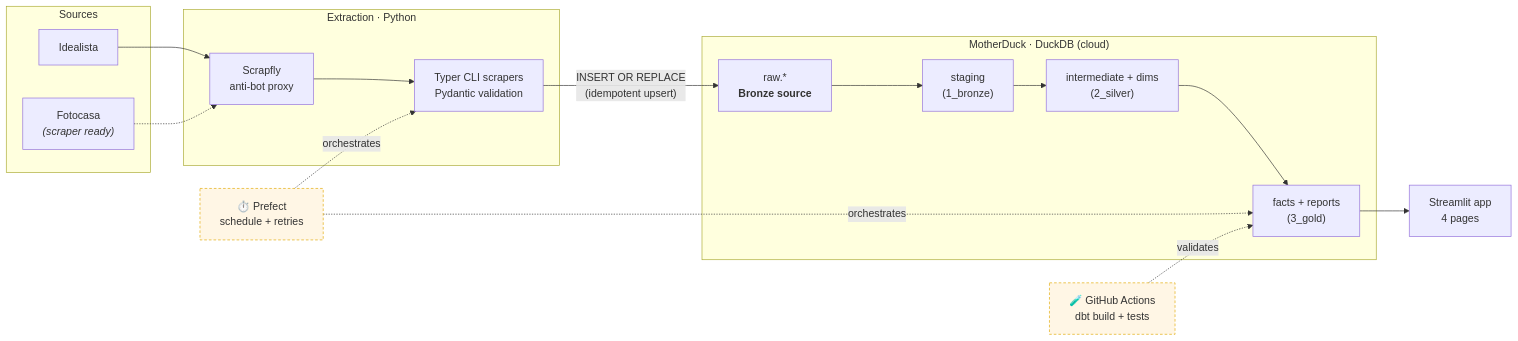
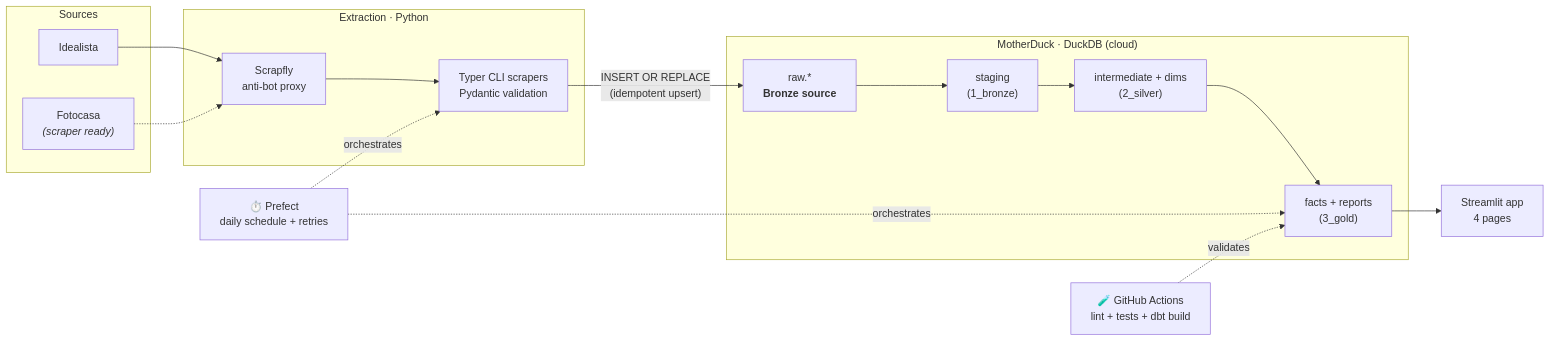
One commit to carlosdmv7/spanish-housing-radar changed the diagram in README.md. Above: the diagram before and after it, drawn with Mermaid. The commit also changed other lines of this file and 9 other files, not shown here.

First line of the commit message:
feat: orchestrate the pipeline with Prefect (daily flow + cron) (#3)

````diff
--- a/README.md
+++ b/README.md
@@ -40,34 +40,32 @@
 ```mermaid
 flowchart LR
     subgraph SRC["Sources"]
         I["Idealista"]
         F["Fotocasa<br/><i>(scraper ready)</i>"]
     end
 
     subgraph EXTRACT["Extraction · Python"]
         SC["Scrapfly<br/>anti-bot proxy"]
         PY["Typer CLI scrapers<br/>Pydantic validation"]
     end
 
     subgraph WH["MotherDuck · DuckDB (cloud)"]
         RAW["raw.*<br/><b>Bronze source</b>"]
         BRONZE["staging<br/>(1_bronze)"]
         SILVER["intermediate + dims<br/>(2_silver)"]
         GOLD["facts + reports<br/>(3_gold)"]
     end
 
     APP["Streamlit app<br/>4 pages"]
 
     I --> SC --> PY
     F -.-> SC
     PY -->|"INSERT OR REPLACE<br/>(idempotent upsert)"| RAW
     RAW --> BRONZE --> SILVER --> GOLD --> APP
 
-    ORCH["⏱️ Prefect<br/>schedule + retries"]:::wip
-    CI["🧪 GitHub Actions<br/>dbt build + tests"]:::wip
+    ORCH["⏱️ Prefect<br/>daily schedule + retries"]
+    CI["🧪 GitHub Actions<br/>lint + tests + dbt build"]
     ORCH -.orchestrates.-> PY
     ORCH -.orchestrates.-> GOLD
     CI -.validates.-> GOLD
-
-    classDef wip fill:#fff6e5,stroke:#e0a800,stroke-dasharray:4 3;
 ```
````
